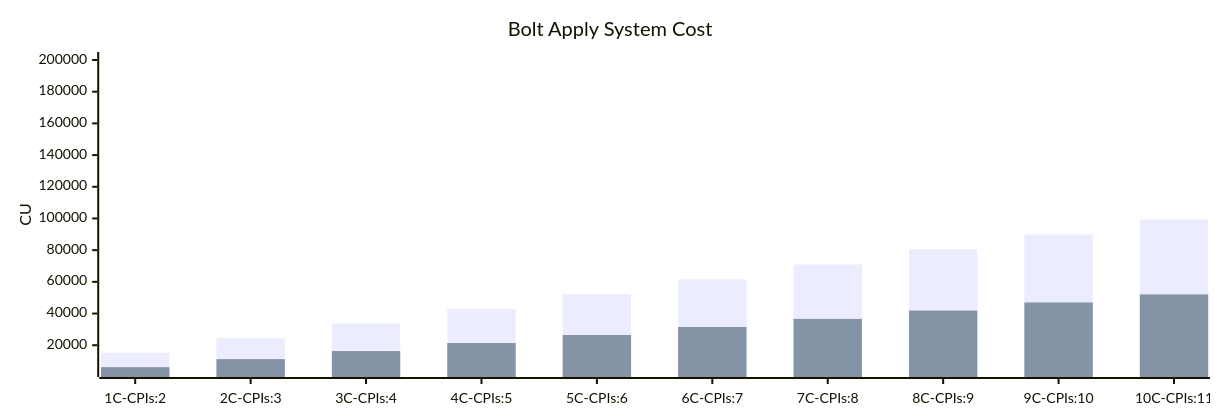
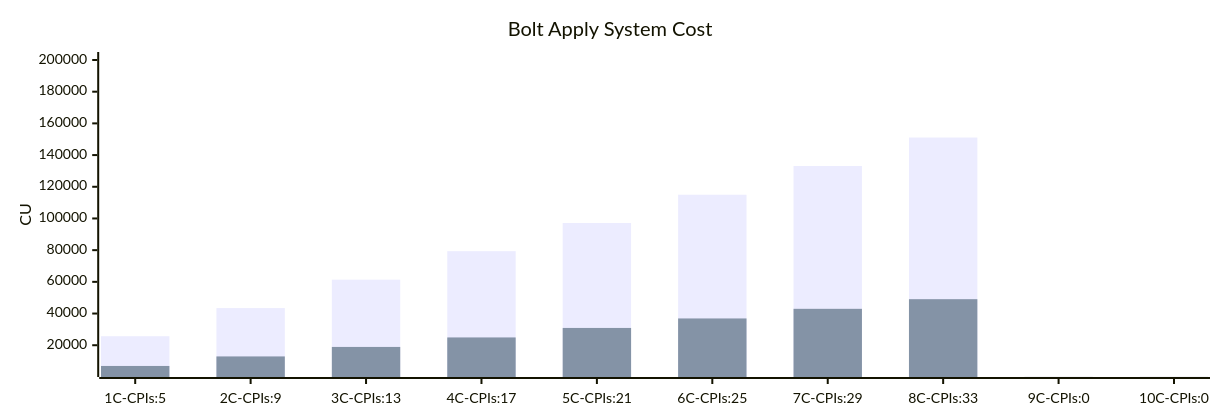
One commit to magicblock-labs/bolt changed the diagram in docs/REPORT.md. Above: the diagram before and after it, drawn with Mermaid. The commit also changed 11 other files, not shown here.

````diff
--- a/docs/REPORT.md
+++ b/docs/REPORT.md
@@ -1,9 +1,9 @@
 ```mermaid
 %%{init: {"xyChart": {"width": 1200, "height": 400, "xAxis": {}}}}%%
 xychart
     title "Bolt Apply System Cost"
-    x-axis ["1C-CPIs:2","2C-CPIs:3","3C-CPIs:4","4C-CPIs:5","5C-CPIs:6","6C-CPIs:7","7C-CPIs:8","8C-CPIs:9","9C-CPIs:10","10C-CPIs:11"]
+    x-axis ["1C-CPIs:5","2C-CPIs:9","3C-CPIs:13","4C-CPIs:17","5C-CPIs:21","6C-CPIs:25","7C-CPIs:29","8C-CPIs:33","9C-CPIs:0","10C-CPIs:0"]
     y-axis "CU" 5000 --> 200000
-    bar [15254,24352,33653,43017,52358,61568,71006,80482,89958,99299]
-    bar [6162,11236,16305,21374,26443,31516,36608,41892,46984,52077]
+    bar [25689,43441,61369,79356,97160,114989,133114,151090,0,0]
+    bar [6920,12931,18925,24915,30909,36900,42977,49059,0,0]
 ```
````
